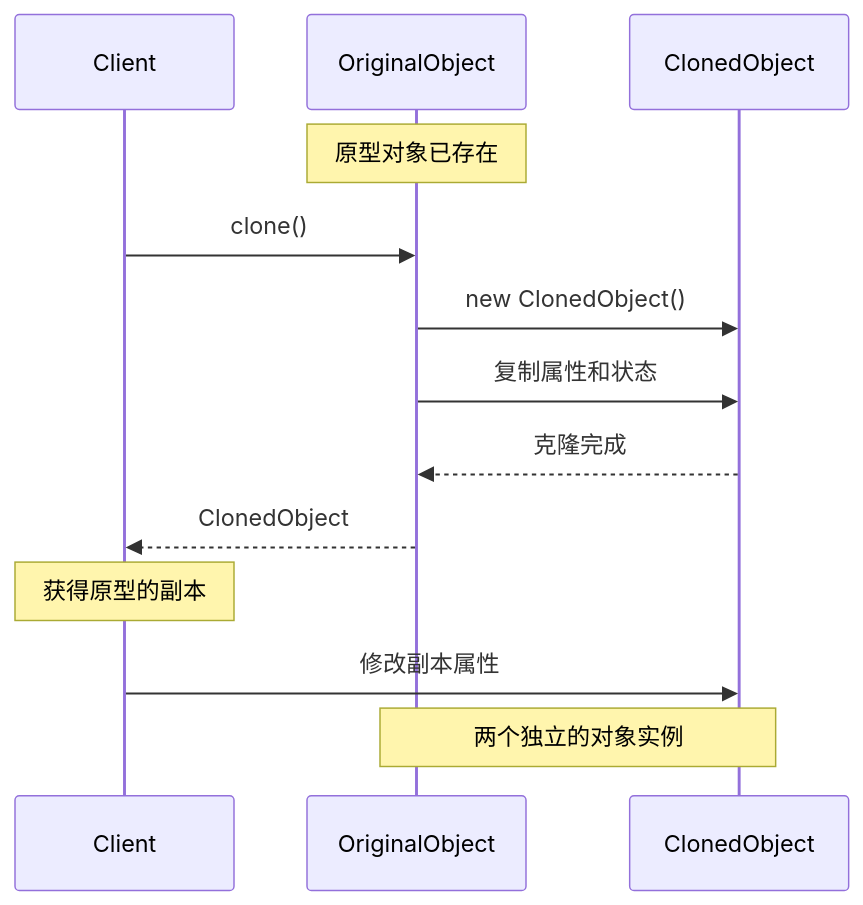
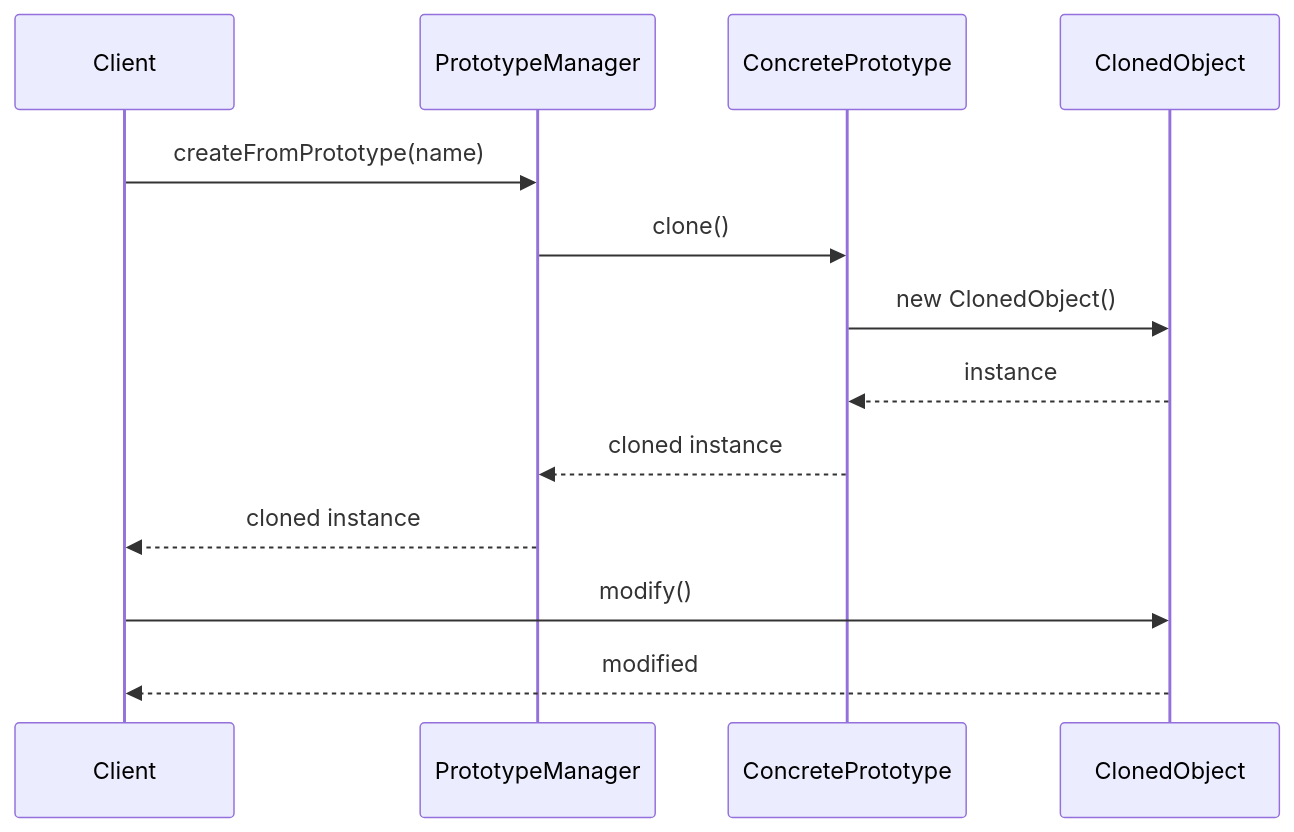
Before and after one commit to fanly/DesignPattern: the second of 2 diagrams in resources/design-patterns/laravel/creational/prototype_zh.md, drawn with Mermaid. The commit also changed other lines of this file and 103 other files, not shown here.

````diff
--- a/resources/design-patterns/laravel/creational/prototype_zh.md
+++ b/resources/design-patterns/laravel/creational/prototype_zh.md
@@ -86,18 +889,17 @@
 ```mermaid
 sequenceDiagram
     participant Client
-    participant OriginalObject
+    participant PrototypeManager
+    participant ConcretePrototype
     participant ClonedObject
     
-    Note over OriginalObject: 原型对象已存在
-    Client->>OriginalObject: clone()
-    OriginalObject->>ClonedObject: new ClonedObject()
-    OriginalObject->>ClonedObject: 复制属性和状态
-    ClonedObject-->>OriginalObject: 克隆完成
-    OriginalObject-->>Client: ClonedObject
+    Client->>PrototypeManager: createFromPrototype(name)
+    PrototypeManager->>ConcretePrototype: clone()
+    ConcretePrototype->>ClonedObject: new ClonedObject()
+    ClonedObject-->>ConcretePrototype: instance
+    ConcretePrototype-->>PrototypeManager: cloned instance
+    PrototypeManager-->>Client: cloned instance
     
-    Note over Client: 获得原型的副本
-    Client->>ClonedObject: 修改副本属性
-    
-    Note over OriginalObject, ClonedObject: 两个独立的对象实例
+    Client->>ClonedObject: modify()
+    ClonedObject-->>Client: modified
 ```
````
